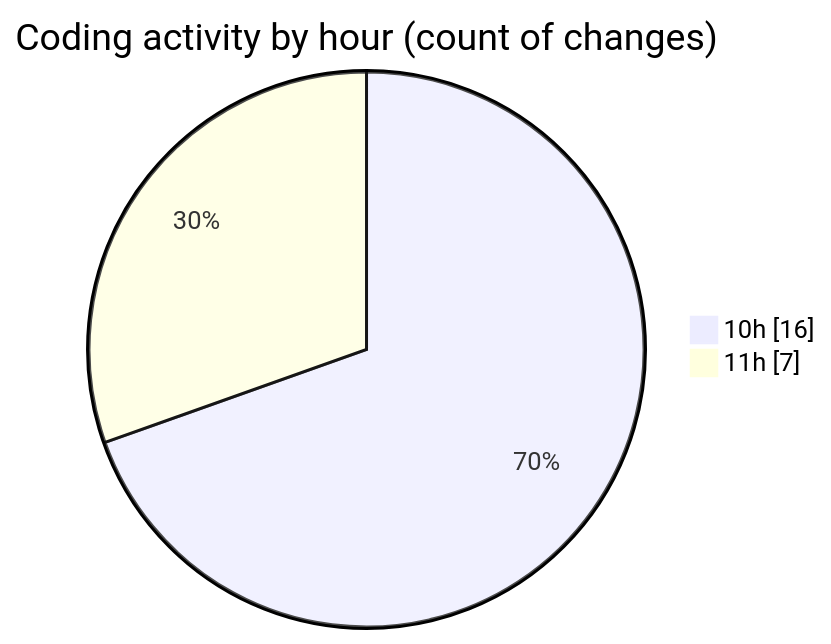
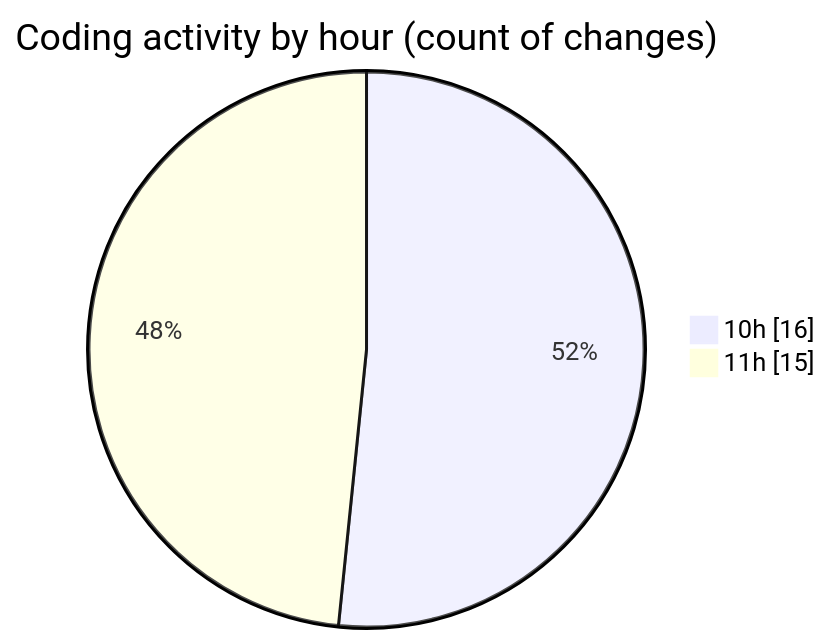
The second of 2 diagrams in 2025-07-20/nhahang/README.md (lephambinh05/code-tracking), drawn with Mermaid before and after one commit. The commit also changed other lines of this file and 1 other file, not shown here.

````diff
--- a/2025-07-20/nhahang/README.md
+++ b/2025-07-20/nhahang/README.md
@@ -37,6 +41,6 @@
 ```mermaid
 pie showData
 title Coding activity by hour (count of changes)
 "10h" : 16
-"11h" : 7
+"11h" : 15
 ```
````
